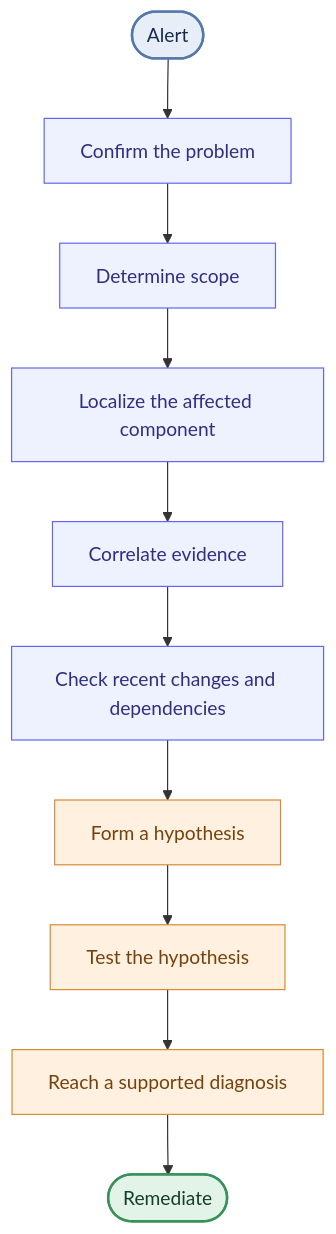
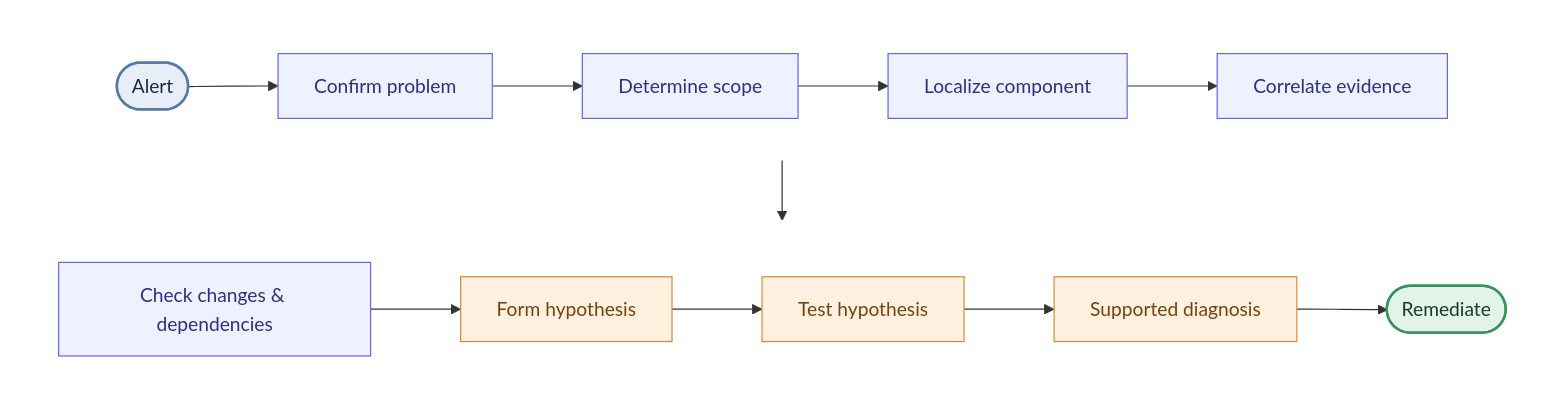
Before and after one commit to TechieWebAI/incident-investigation-research: the first of 4 diagrams in README.md, drawn with Mermaid. The commit also changed other lines of this file, not shown here.

Commit message:
Add incident investigation research

````diff
--- a/README.md
+++ b/README.md
@@ -348,26 +349,27 @@
 ```mermaid
 flowchart TB
-    A(["Alert"])
-    B["Confirm the problem"]
-    C["Determine scope"]
-    D["Localize the affected component"]
-    E["Correlate evidence"]
-    F["Check recent changes and dependencies"]
-    G["Form a hypothesis"]
-    H["Test the hypothesis"]
-    I["Reach a supported diagnosis"]
-    J(["Remediate"])
+    subgraph ROW1[" "]
+        direction LR
+        A(["Alert"]) --> B["Confirm problem"] --> C["Determine scope"] --> D["Localize component"] --> E["Correlate evidence"]
+    end
 
-    A --> B --> C --> D --> E
-    E --> F --> G --> H --> I --> J
+    subgraph ROW2[" "]
+        direction LR
+        F["Check changes & dependencies"] --> G["Form hypothesis"] --> H["Test hypothesis"] --> I["Supported diagnosis"] --> J(["Remediate"])
+    end
+
+    E --> F
 
     classDef start fill:#e8eef7,stroke:#5479a8,color:#172b4d,stroke-width:2px
     classDef investigate fill:#eef2ff,stroke:#6366f1,color:#312e81
     classDef diagnose fill:#fff0df,stroke:#d98a32,color:#75420d
     classDef finish fill:#e2f4e8,stroke:#39915b,color:#163d27,stroke-width:2px
 
     class A start
     class B,C,D,E,F investigate
     class G,H,I diagnose
     class J finish
+
+    style ROW1 fill:transparent,stroke:transparent
+    style ROW2 fill:transparent,stroke:transparent
 ```
````
